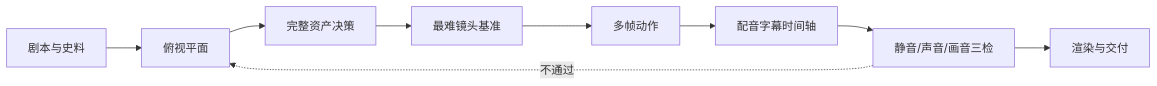
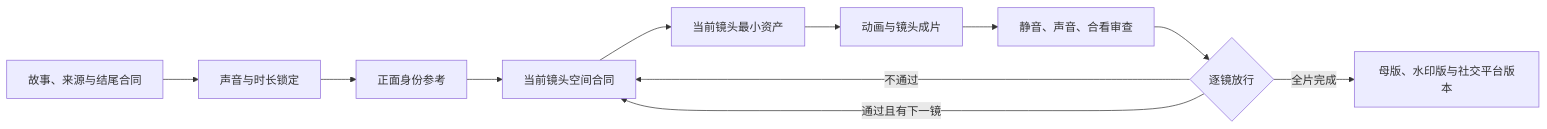
Before and after one commit to huaweier00/paper-animation-director: the diagram in README.md, drawn with Mermaid. The commit also changed other lines of this file and 1 other file, not shown here.

````diff
--- a/README.md
+++ b/README.md
@@ -48,11 +57,13 @@
 ```mermaid
 flowchart LR
-  A[剧本与史料] --> B[俯视平面]
-  B --> C[完整资产决策]
-  C --> D[最难镜头基准]
-  D --> E[多帧动作]
-  E --> F[配音字幕时间轴]
-  F --> G[静音/声音/画音三检]
-  G --> H[渲染与交付]
-  G -.不通过.-> B
+  A["故事、来源与结尾合同"] --> B["声音与时长锁定"]
+  B --> C["正面身份参考"]
+  C --> D["当前镜头空间合同"]
+  D --> E["当前镜头最小资产"]
+  E --> F["动画与镜头成片"]
+  F --> G["静音、声音、合看审查"]
+  G --> H{"逐镜放行"}
+  H -->|不通过| D
+  H -->|通过且有下一镜| D
+  H -->|全片完成| I["母版、水印版与社交平台版本"]
 ```
````
